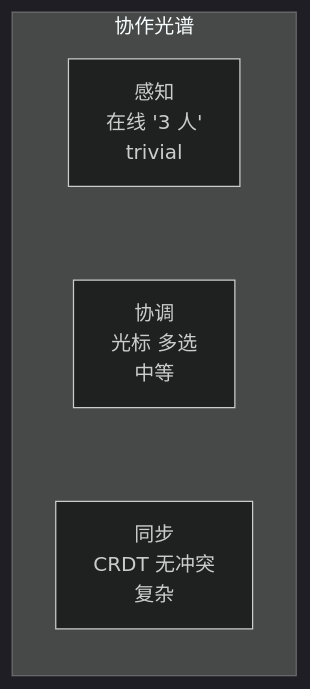
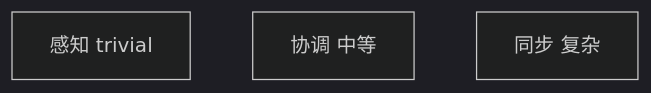
Before and after one commit to Kirky-X/specmark: the second of 3 diagrams in references/explore.md, drawn with Mermaid (dark theme). The commit also changed other lines of this file and 3 other files, not shown here.

````diff
--- a/references/explore.md
+++ b/references/explore.md
@@ -144,6 +143,4 @@
 ```mermaid
 flowchart LR
-  subgraph spectrum["协作光谱"]
-    A["感知<br/>在线 '3 人'<br/> trivial"] ~~~ B["协调<br/>光标 多选<br/>中等"] ~~~ C["同步<br/>CRDT 无冲突<br/>复杂"]
-  end
+  A["感知 trivial"] ~~~ B["协调 中等"] ~~~ C["同步 复杂"]
 ```
````
